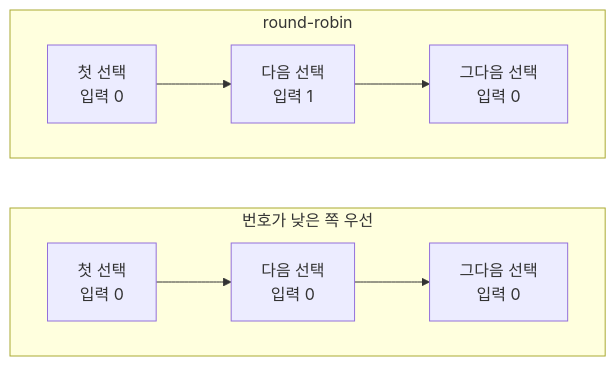
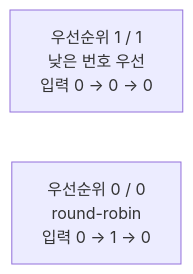
One commit to owencity/owencity.github.io changed the second of 4 diagrams in content/posts/last-stock-ordering.md. Above: the diagram before and after it, drawn with Mermaid. The commit also changed other lines of this file and 1 other file, not shown here.

````diff
--- a/content/posts/last-stock-ordering.md
+++ b/content/posts/last-stock-ordering.md
@@ -55,11 +49,6 @@
 ```mermaid
-flowchart LR
-    subgraph fixed["번호가 낮은 쪽 우선"]
-        direction LR
-        f1["첫 선택<br/>입력 0"] --> f2["다음 선택<br/>입력 0"] --> f3["그다음 선택<br/>입력 0"]
-    end
-    subgraph rotation["round-robin"]
-        direction LR
-        r1["첫 선택<br/>입력 0"] --> r2["다음 선택<br/>입력 1"] --> r3["그다음 선택<br/>입력 0"]
-    end
+flowchart TB
+    fixed["우선순위 1 / 1<br/>낮은 번호 우선<br/>입력 0 → 0 → 0"]
+    rotation["우선순위 0 / 0<br/>round-robin<br/>입력 0 → 1 → 0"]
+    fixed ~~~ rotation
 ```
````
